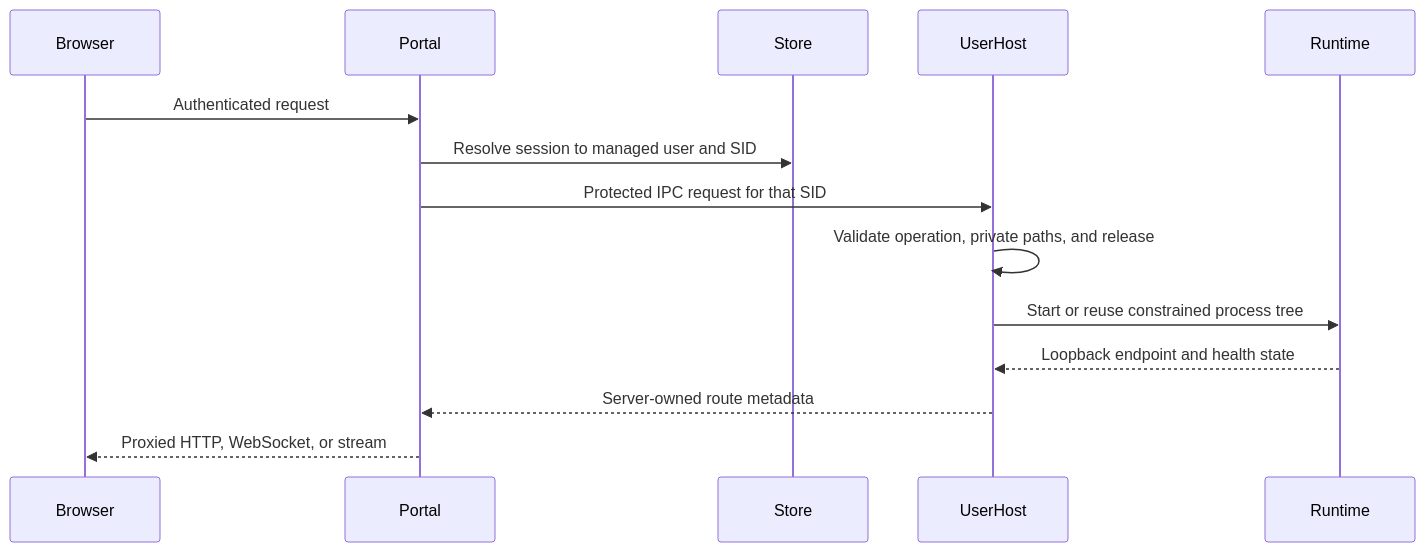
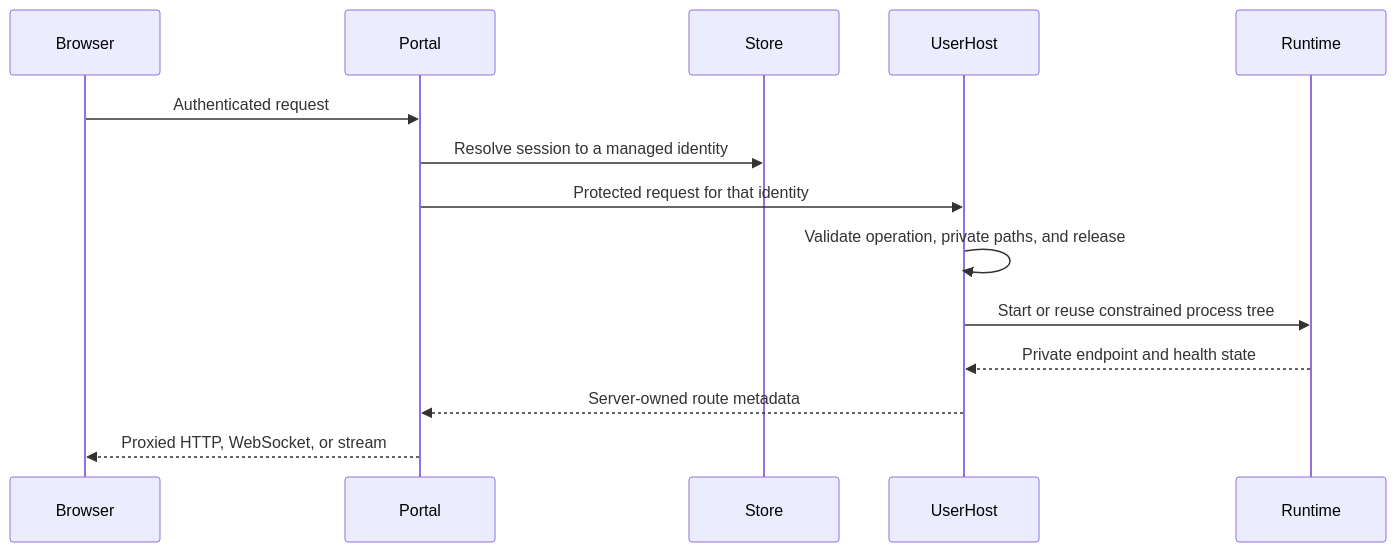
Before and after one commit to linziyan1231-source/WorkAgent2: the diagram in docs/ARCHITECTURE.md, drawn with Mermaid. The commit also changed other lines of this file and 138 other files, not shown here.

````diff
--- a/docs/ARCHITECTURE.md
+++ b/docs/ARCHITECTURE.md
@@ -9,17 +9,17 @@
 ```mermaid
 sequenceDiagram
     participant Browser
     participant Portal
     participant Store
     participant UserHost
     participant Runtime
 
     Browser->>Portal: Authenticated request
-    Portal->>Store: Resolve session to managed user and SID
-    Portal->>UserHost: Protected IPC request for that SID
+    Portal->>Store: Resolve session to a managed identity
+    Portal->>UserHost: Protected request for that identity
     UserHost->>UserHost: Validate operation, private paths, and release
     UserHost->>Runtime: Start or reuse constrained process tree
-    Runtime-->>UserHost: Loopback endpoint and health state
+    Runtime-->>UserHost: Private endpoint and health state
     UserHost-->>Portal: Server-owned route metadata
     Portal-->>Browser: Proxied HTTP, WebSocket, or stream
 ```
````
